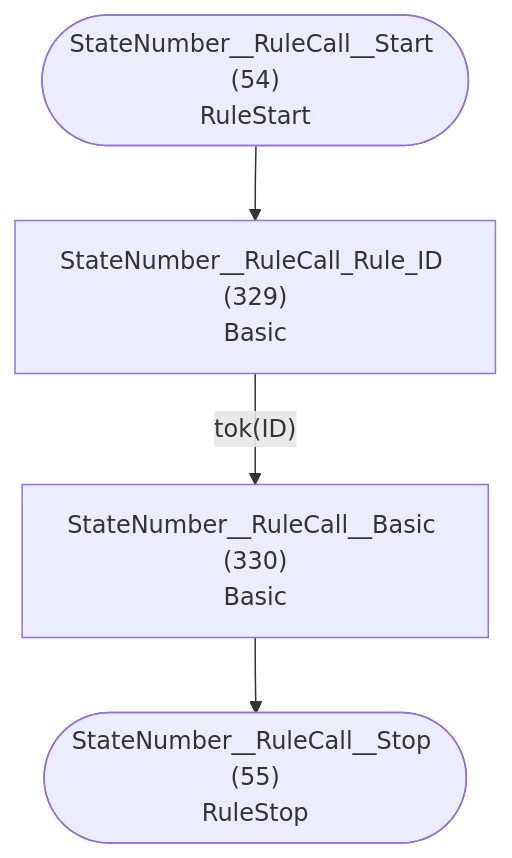
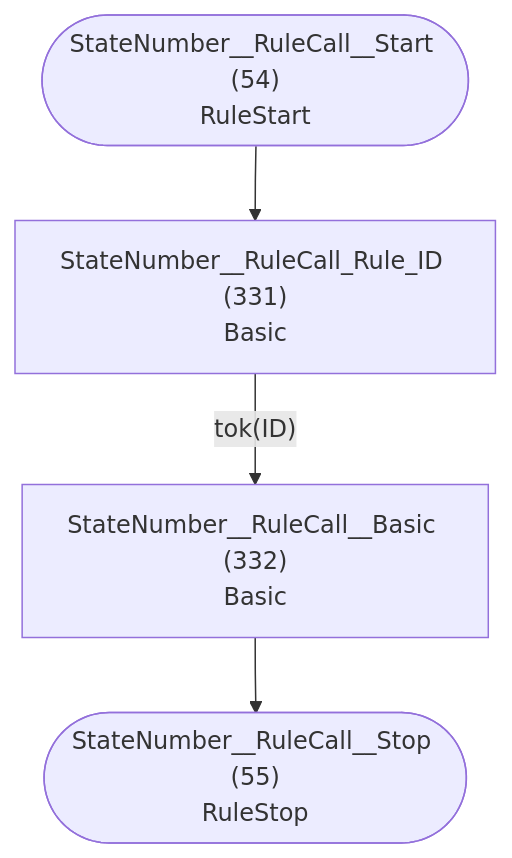
One commit to TypeFox/fastbelt changed diagram 28 of 33 in internal/grammar/atn.md. Above: the diagram before and after it, drawn with Mermaid. The commit also changed other lines of this file and 6 other files, not shown here.

````diff
--- a/internal/grammar/atn.md
+++ b/internal/grammar/atn.md
@@ -858,11 +863,11 @@
 ```mermaid
 flowchart TD
     q54(["StateNumber__RuleCall__Start (54)<br/>RuleStart"])
     q55(["StateNumber__RuleCall__Stop (55)<br/>RuleStop"])
-    q329["StateNumber__RuleCall_Rule_ID (329)<br/>Basic<br/>"]
-    q330["StateNumber__RuleCall__Basic (330)<br/>Basic<br/>"]
+    q331["StateNumber__RuleCall_Rule_ID (331)<br/>Basic<br/>"]
+    q332["StateNumber__RuleCall__Basic (332)<br/>Basic<br/>"]
 
-    q54 --> q329
-    q329 -->|"tok(ID)"| q330
-    q330 --> q55
+    q54 --> q331
+    q331 -->|"tok(ID)"| q332
+    q332 --> q55
 ```
````
